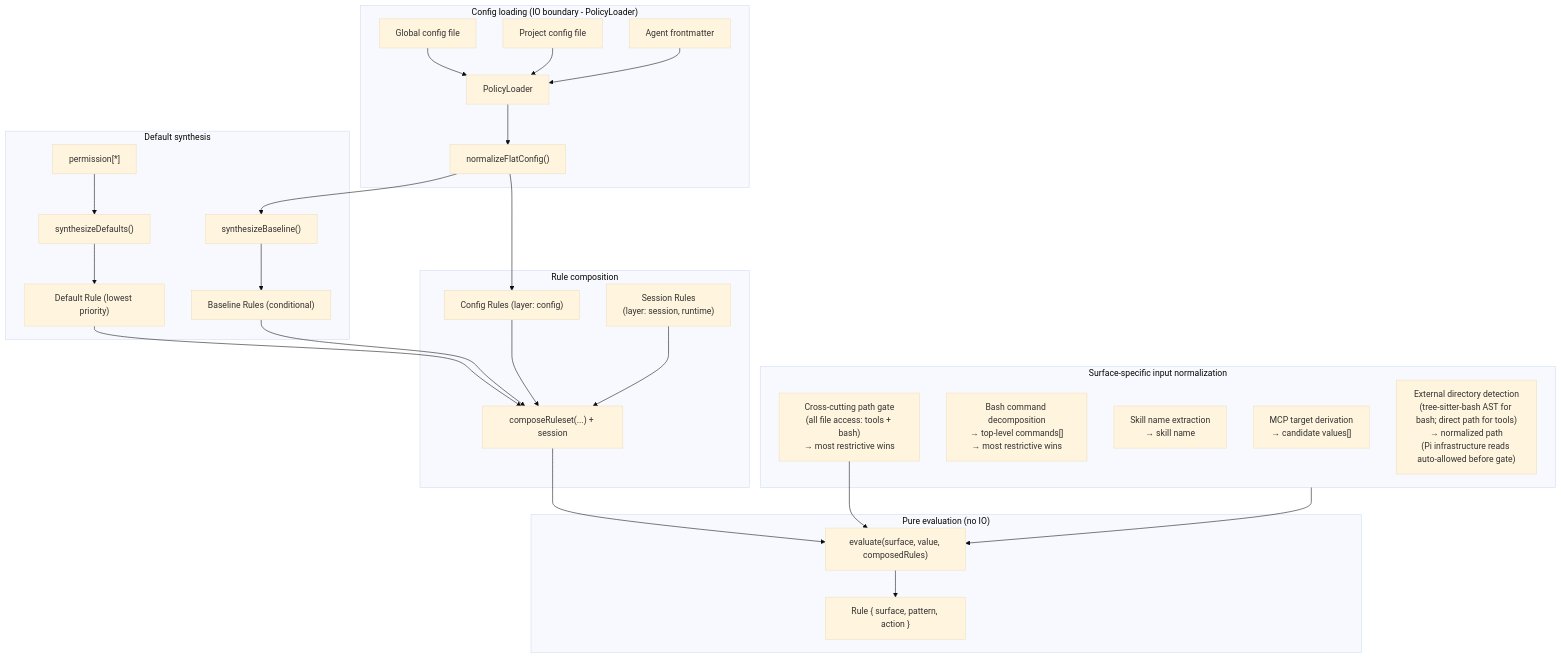
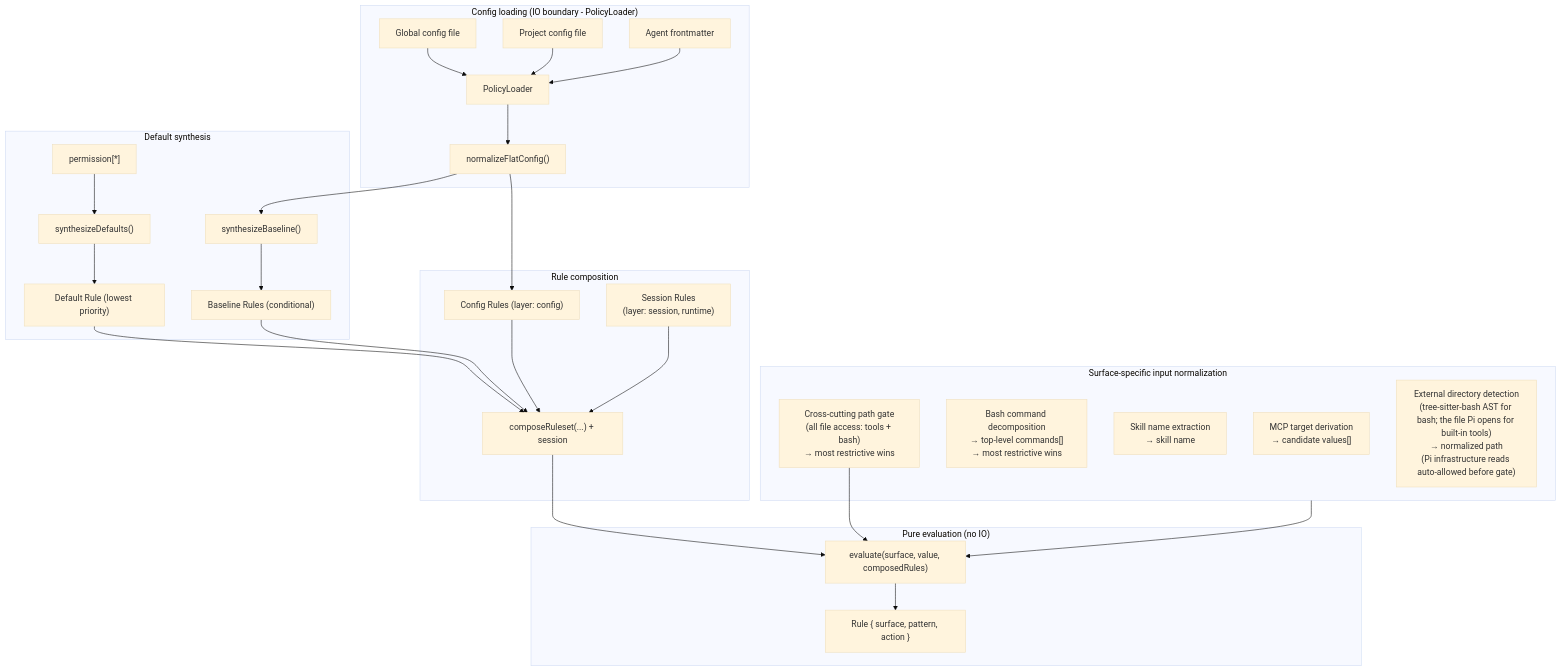
One commit to 44madfire/pi-packages changed the first of 4 diagrams in packages/pi-permission-system/docs/architecture/architecture.md. Above: the diagram before and after it, drawn with Mermaid (base theme). The commit also changed other lines of this file and 3 other files, not shown here.

First line of the commit message:
docs(pi-permission-system): document that built-in tool paths are gated as the file Pi opens

````diff
--- a/packages/pi-permission-system/docs/architecture/architecture.md
+++ b/packages/pi-permission-system/docs/architecture/architecture.md
@@ -255,45 +255,45 @@
 ```mermaid
 flowchart TD
     subgraph Load["Config loading (IO boundary - PolicyLoader)"]
         GF["Global config file"]
         PF["Project config file"]
         AF["Agent frontmatter"]
         GF --> PL["PolicyLoader"]
         PF --> PL
         AF --> PL
         PL --> Norm["normalizeFlatConfig()"]
     end
 
     subgraph Defaults["Default synthesis"]
         DP["permission[*]"] --> Synth["synthesizeDefaults()"]
         Synth --> DR["Default Rule (lowest priority)"]
         Norm --> BL["synthesizeBaseline()"]
         BL --> BR["Baseline Rules (conditional)"]
     end
 
     Norm --> CR["Config Rules (layer: config)"]
     SA["Session Rules<br/>(layer: session, runtime)"]
 
     subgraph Compose["Rule composition"]
         DR --> Concat["composeRuleset(...) + session"]
         BR --> Concat
         CR --> Concat
         SA --> Concat
     end
 
     subgraph Eval["Pure evaluation (no IO)"]
         Concat --> E["evaluate(surface, value, composedRules)"]
         E --> Decision["Rule { surface, pattern, action }"]
     end
 
     subgraph PreProcess["Surface-specific input normalization"]
         MCP["MCP target derivation<br/>→ candidate values[]"]
         Bash["Bash command decomposition<br/>→ top-level commands[]<br/>→ most restrictive wins"]
         Skill["Skill name extraction<br/>→ skill name"]
         PathGate["Cross-cutting path gate<br/>(all file access: tools + bash)<br/>→ most restrictive wins"]
-        ExtDir["External directory detection<br/>(tree-sitter-bash AST for bash; direct path for tools)<br/>→ normalized path<br/>(Pi infrastructure reads auto-allowed before gate)"]
+        ExtDir["External directory detection<br/>(tree-sitter-bash AST for bash; the file Pi opens for built-in tools)<br/>→ normalized path<br/>(Pi infrastructure reads auto-allowed before gate)"]
     end
 
     PathGate --> E
     PreProcess --> E
 ```
````
